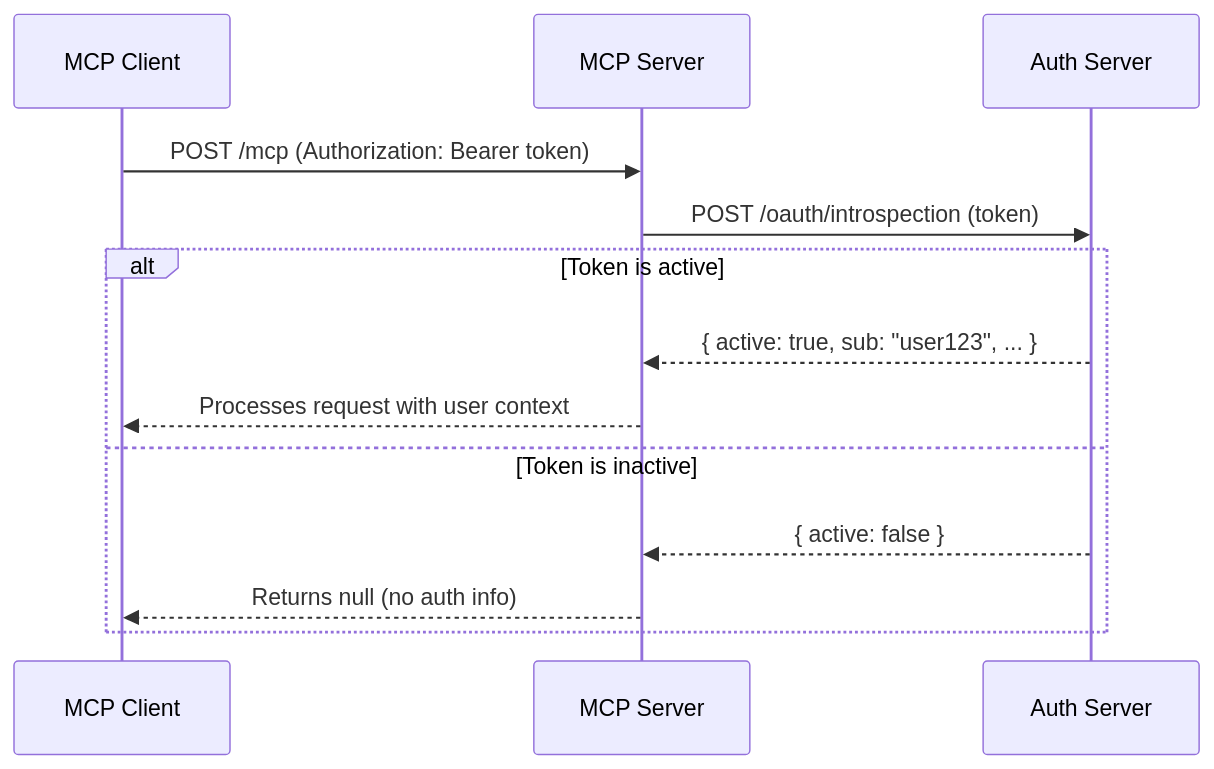
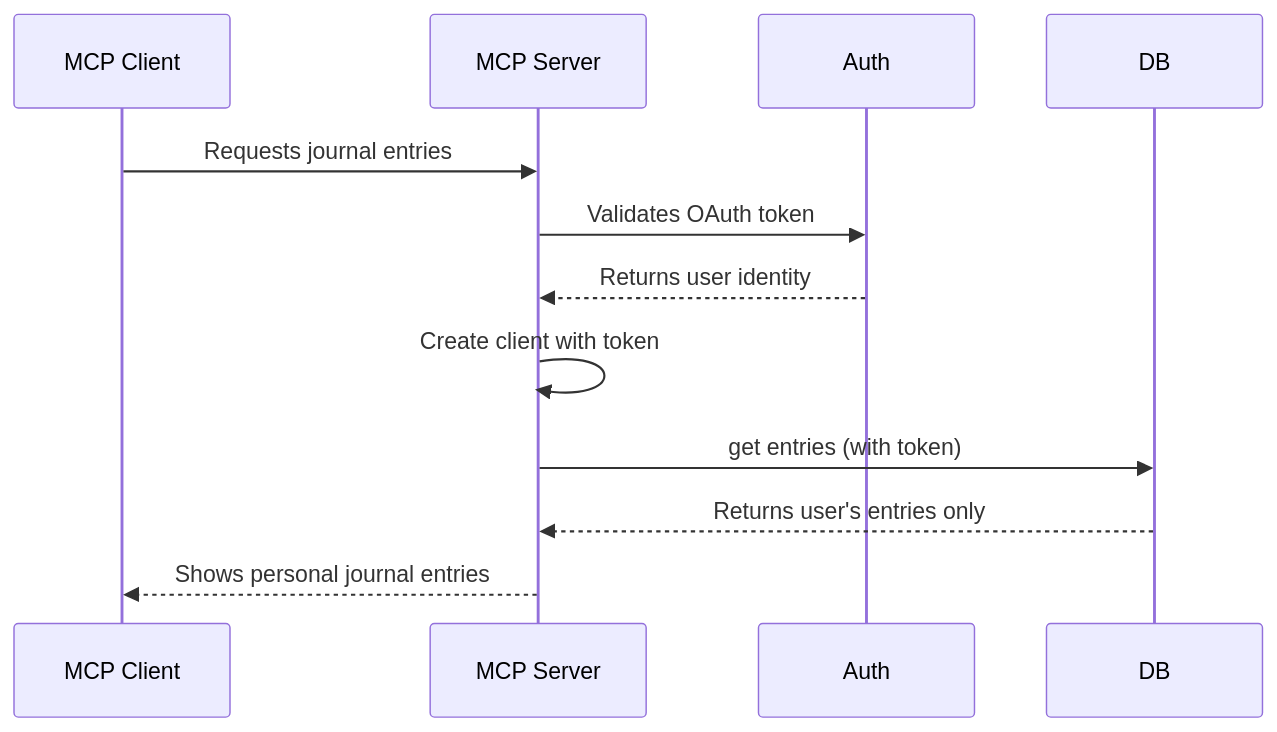
Before and after one commit to rubenpenap/mcp-auth: the diagram in playground/README.mdx, drawn with Mermaid. The commit also changed other lines of this file and 4 other files, not shown here.

First line of the commit message:
refactor: update package name and README for client token handling

````diff
--- a/playground/README.mdx
+++ b/playground/README.mdx
@@ -65,12 +20,10 @@
 ```mermaid
 sequenceDiagram
-    MCP Client->>MCP Server: POST /mcp (Authorization: Bearer token)
-    MCP Server->>Auth Server: POST /oauth/introspection (token)
-    alt Token is active
-        Auth Server-->>MCP Server: { active: true, sub: "user123", ... }
-        MCP Server-->>MCP Client: Processes request with user context
-    else Token is inactive
-        Auth Server-->>MCP Server: { active: false }
-        MCP Server-->>MCP Client: Returns null (no auth info)
-    end
+    MCP Client->>MCP Server: Requests journal entries
+    MCP Server->>Auth: Validates OAuth token
+    Auth-->>MCP Server: Returns user identity
+    MCP Server->>MCP Server: Create client with token
+    MCP Server->>DB: get entries (with token)
+    DB-->>MCP Server: Returns user's entries only
+    MCP Server-->>MCP Client: Shows personal journal entries
 ```
````
